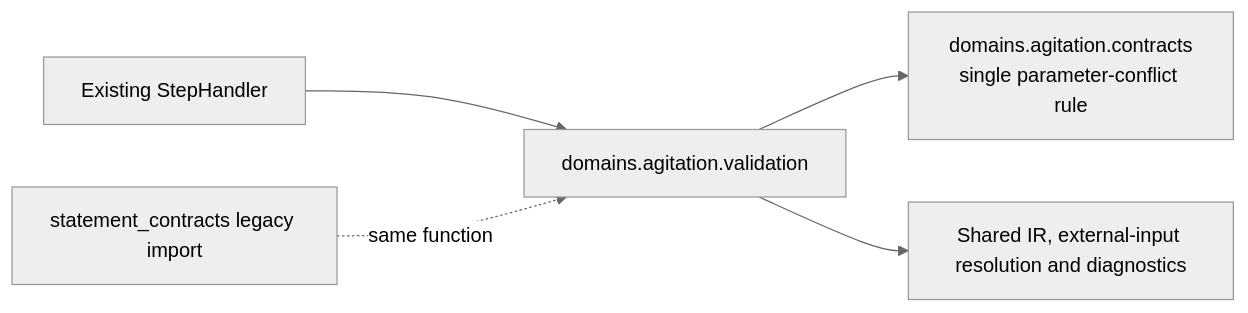
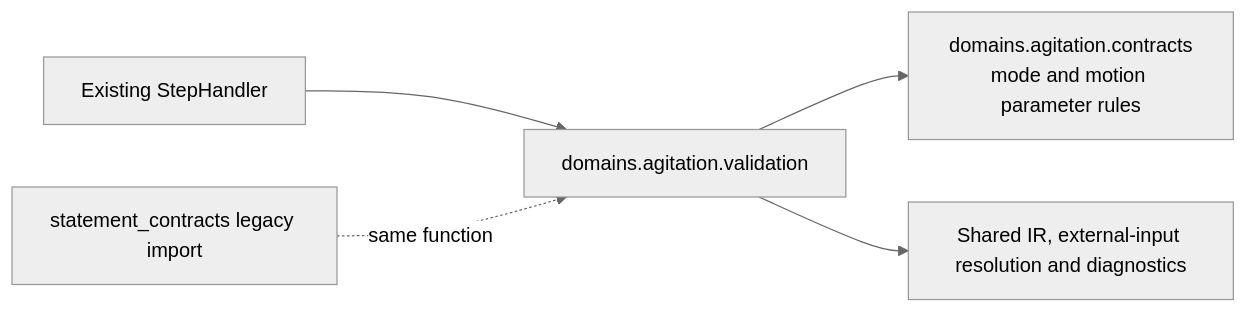
One commit to culsma/culsma changed the fifth of 5 diagrams in docs/architecture/pipeline/validate_module_diagrams.md. Above: the diagram before and after it, drawn with Mermaid (neutral theme). The commit also changed other lines of this file and 9 other files, not shown here.

Commit message:
feat(agitation): add typed shake motions and execution rules

````diff
--- a/docs/architecture/pipeline/validate_module_diagrams.md
+++ b/docs/architecture/pipeline/validate_module_diagrams.md
@@ -186,7 +186,7 @@
 ```mermaid
 flowchart LR
     Dispatch["Existing StepHandler"] --> Validation["domains.agitation.validation"]
-    Validation --> Contracts["domains.agitation.contracts<br/>single parameter-conflict rule"]
+    Validation --> Contracts["domains.agitation.contracts<br/>mode and motion parameter rules"]
     Validation --> Shared["Shared IR, external-input resolution and diagnostics"]
     Compat["statement_contracts legacy import"] -. "same function" .-> Validation
 ```
````
